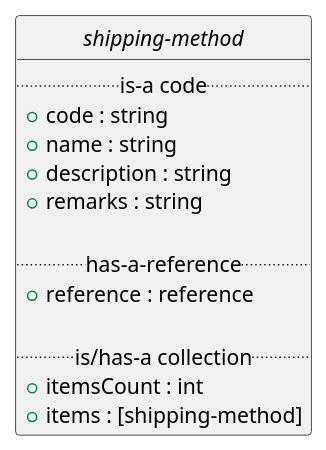
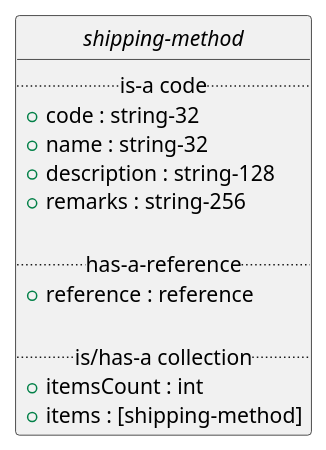
Before and after one commit to EciStg/order-placement: the second of 2 diagrams in shipping-method/shipping-method.org, drawn with PlantUML. The commit also changed other lines of this file and 8 other files, not shown here.

Commit message:
added string lengths to graphviz objects

```diff
--- a/shipping-method/shipping-method.org
+++ b/shipping-method/shipping-method.org
@@ -39,20 +39,20 @@
 #+BEGIN_SRC plantuml :file ../images/shipping-method-class-diagram.puml.png :exports results
   @startuml
   hide circle
 
   interface shipping-method {
   .. is-a code ..
-  {field} + code : string
-  {field} + name : string
-  {field} + description : string
-  {field} + remarks : string
+  {field} + code : string-32
+  {field} + name : string-32
+  {field} + description : string-128
+  {field} + remarks : string-256
 
   .. has-a-reference ..
   {field} + reference : reference
 
   .. is/has-a collection ..
   {field} + itemsCount : int
   {field} + items : [shipping-method]
   }
   @enduml
 #+END_SRC
```
